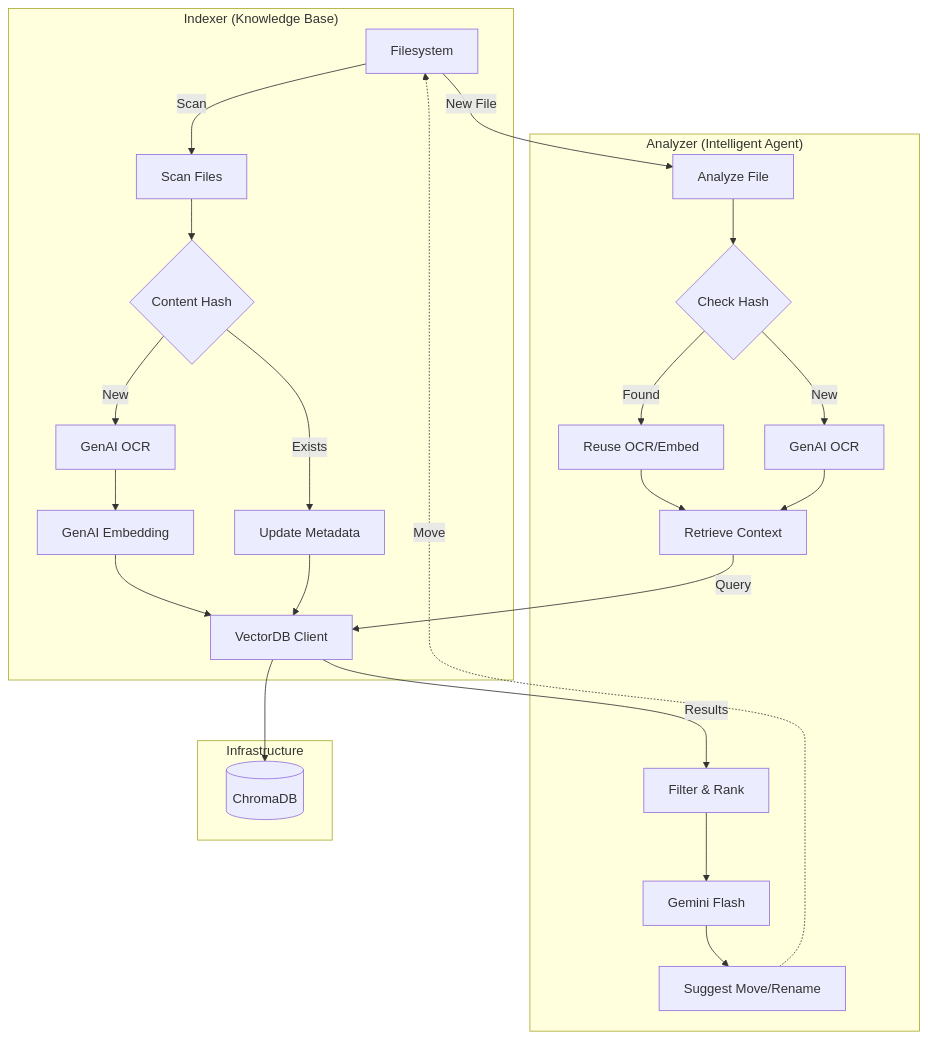
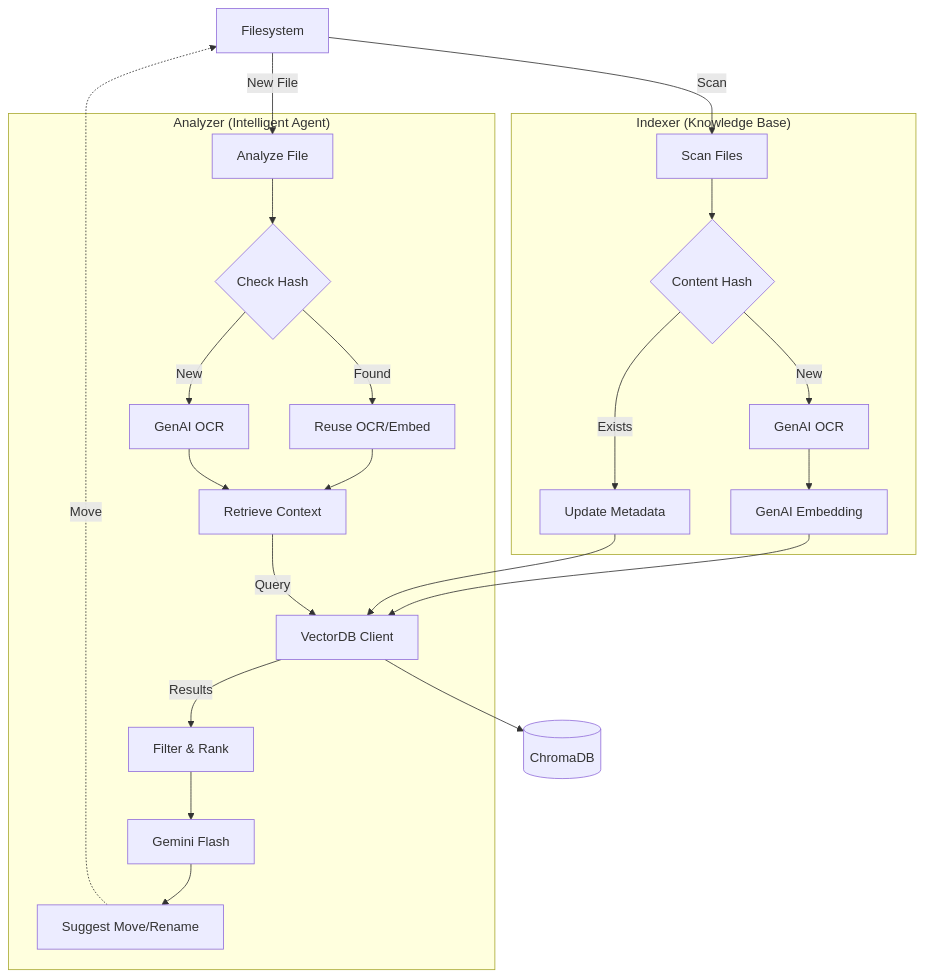
The diagram in README.md (ucdmkt/pdf-organizer), drawn with Mermaid before and after one commit.

Commit message:
Docs: Refactor architecture to show shared FS and VectorDB components

````diff
--- a/README.md
+++ b/README.md
@@ -71,35 +71,37 @@
 ```mermaid
 graph TD
+    %% Shared Infrastructure
     FS[Filesystem]
+    V_Client[VectorDB Client]
+    I_DB[(ChromaDB)]
 
     subgraph Indexer ["Indexer (Knowledge Base)"]
-        FS -- Scan --> I_Scan[Scan Files]
-        I_Scan --> I_Hash{Content Hash}
+        I_Scan[Scan Files] --> I_Hash{Content Hash}
         I_Hash -- New --> I_OCR[GenAI OCR]
         I_Hash -- Exists --> I_Meta[Update Metadata]
         I_OCR --> I_Embed[GenAI Embedding]
-
-        I_Embed --> V_Client[VectorDB Client]
-        I_Meta --> V_Client
     end
 
     subgraph Analyzer ["Analyzer (Intelligent Agent)"]
-        FS -- New File --> A_Input[Analyze File]
-        A_Input --> A_Hash{Check Hash}
+        A_Input[Analyze File] --> A_Hash{Check Hash}
         A_Hash -- Found --> A_Reuse[Reuse OCR/Embed]
         A_Hash -- New --> A_OCR[GenAI OCR]
         A_Reuse --> A_Context[Retrieve Context]
         A_OCR --> A_Context
-        A_Context -- Query --> V_Client
 
         V_Client -- Results --> A_Filter[Filter & Rank]
         A_Filter --> A_LLM[Gemini Flash]
         A_LLM --> A_Action[Suggest Move/Rename]
     end
 
+    %% Connections
+    FS -- Scan --> I_Scan
+    FS -- New File --> A_Input
+
+    I_Embed --> V_Client
+    I_Meta --> V_Client
+    A_Context -- Query --> V_Client
+
     A_Action -. Move .-> FS
-
-    subgraph Infrastructure
-        V_Client --> I_DB[(ChromaDB)]
-    end
+    V_Client --> I_DB
 ```
````
